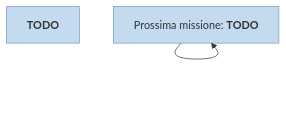
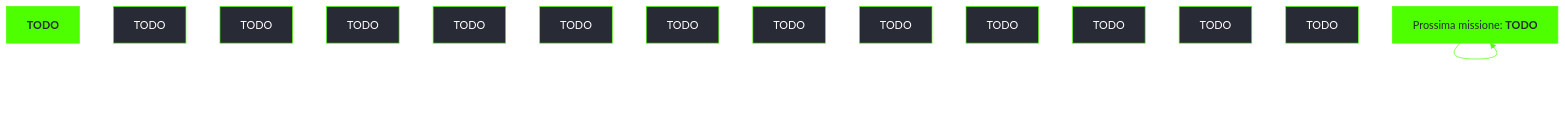
The diagram in content/docs/fallout 3/missioni/template.md (persy/wastelander), drawn with Mermaid before and after one commit. The commit also changed other lines of this file and 279 other files, not shown here.

````diff
--- a/content/docs/fallout 3/missioni/template.md
+++ b/content/docs/fallout 3/missioni/template.md
@@ -23,22 +23,23 @@
 ```mermaid
+%%{init: {'theme': 'base', 'themeVariables': { 'primaryColor': '#282a36', 'primaryBorderColor': '#4eff01', 'primaryTextColor': '#fff', 'lineColor': '#4eff01', 'fontFamily': 'Jura'}}}%%
 graph TD;
     id1[<b>TODO</b>]:::questfo3
-    id[TODO]
-    id[TODO]
-    id[TODO]
-    id[TODO]
-    id[TODO]
-    id[TODO] 
-    id[TODO]
-    id[TODO]
-    id[TODO]
-    id[TODO]
-    id[TODO]
-    id[TODO] 
+    id2[TODO]
+    id3[TODO]
+    id4[TODO]
+    id5[TODO]
+    id6[TODO]
+    id7[TODO] 
+    id8[TODO]
+    id9[TODO]
+    id10[TODO]
+    id11[TODO]
+    id12[TODO]
+    id13[TODO] 
     id[TODO]:::rewardfo3
     id[Prossima missione: <b>TODO</b>]:::questfo3
     id-->id-->id-->id-->id-->id-->id
     click id "../TODO"
-    classDef rewardfo3 fill:#f1ff8a66, stroke:#56700087;
-    classDef questfo3 fill:#5f9bd35e, stroke:#255b8d91;
+    classDef rewardfo3 fill:#4eff01, stroke:#4eff01, color:#282a36;
+    classDef questfo3 fill:#4eff01, stroke:#4eff01, color:#282a36;
 ```
````
